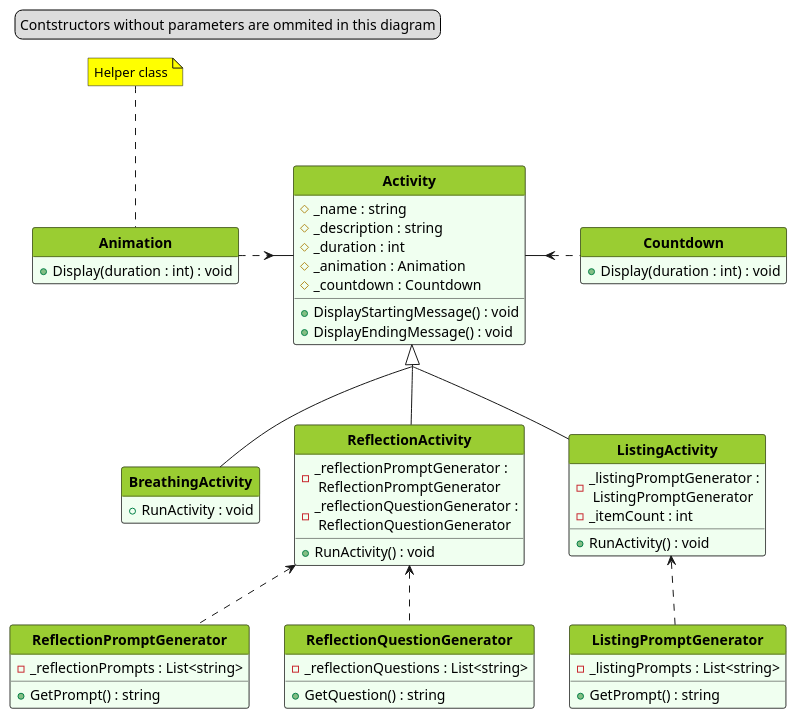
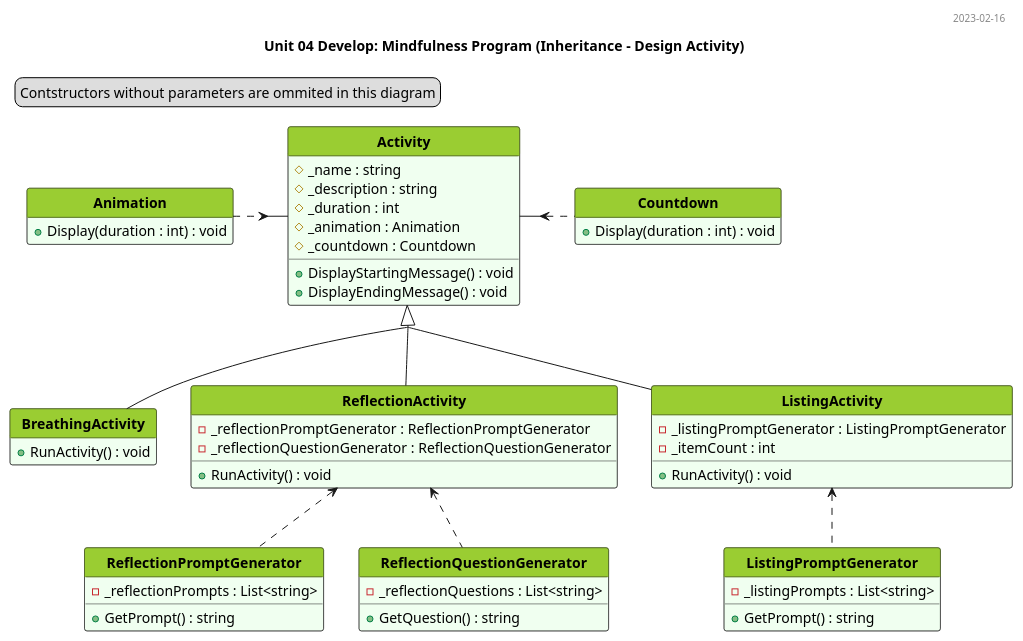
The diagram in prove/Develop04/UML_diagram.pu (VladKaralius/cse210-projects), drawn with PlantUML before and after one commit. The commit also changed 2 other files, not shown here.

```diff
--- a/prove/Develop04/UML_diagram.pu
+++ b/prove/Develop04/UML_diagram.pu
@@ -1,106 +1,101 @@
 @startuml test
 hide circle
 hide empty members
 'skinparam classAttributeIconSize 0
 skinparam style strictuml
 skinparam groupInheritance 2
 'skinparam linetype ortho
 'skinparam linetype polyline
+'skinparam Nodesep 40
+'skinparam Ranksep 25
+'left to right direction
 <style>
 classDiagram {
   class {
     '-attributes and methods-
     'FontSize 14
     'FontColor black
     'BackgroundColor #fefece
     BackgroundColor #f0fff0
     'RoundCorner 0
     '-class name-
     header {
       'FontSize 12
       'FontColor Black
       FontStyle bold
       BackgroundColor YellowGreen
     }
   }
   note {
     BackgroundColor Yellow
   }
 }
 </style>
 
+header 2023-02-16
+title Unit 04 Develop: Mindfulness Program (Inheritance - Design Activity)
+
 legend top left
   Contstructors without parameters are ommited in this diagram
 endlegend
 
-''note "Test1" as Note1
-'note "Test2" as Note2
-'Note1 .. Class1
-'Note1 . Class2
 
 class Activity {
   # _name : string
   # _description : string
   # _duration : int
   # _animation : Animation
   # _countdown : Countdown
   + DisplayStartingMessage() : void
   + DisplayEndingMessage() : void
 }
 
-
 class BreathingActivity {
-  + RunActivity : void
+  + RunActivity() : void
 }
 
 class ReflectionActivity {
-  - _reflectionPromptGenerator :\n ReflectionPromptGenerator
-  - _reflectionQuestionGenerator :\n ReflectionQuestionGenerator
+  - _reflectionPromptGenerator : ReflectionPromptGenerator
+  - _reflectionQuestionGenerator : ReflectionQuestionGenerator
   + RunActivity() : void
 }
 
 class ListingActivity {
-  - _listingPromptGenerator :\n ListingPromptGenerator
+  - _listingPromptGenerator : ListingPromptGenerator
   - _itemCount : int
   + RunActivity() : void
 }
 
 class ReflectionPromptGenerator {
   - _reflectionPrompts : List<string>
   + GetPrompt() : string
 }
 
 class ReflectionQuestionGenerator {
   - _reflectionQuestions : List<string>
   + GetQuestion() : string
 }
 
 class ListingPromptGenerator {
   - _listingPrompts : List<string>
   + GetPrompt() : string
 }
-together{
+
 class Animation {
   + Display(duration : int) : void
-}
-
-note top of Animation: Helper class
 }
 
 class Countdown {
   + Display(duration : int) : void
 }
-
-
-
 
 Activity <|-- BreathingActivity
 Activity <|-- ReflectionActivity
 Activity <|-- ListingActivity
 ReflectionActivity <.. ReflectionPromptGenerator
 ReflectionActivity <.. ReflectionQuestionGenerator
 ListingActivity <.. ListingPromptGenerator
 Activity <.left. Animation
 Activity <.right. Countdown
 
 @enduml
```
